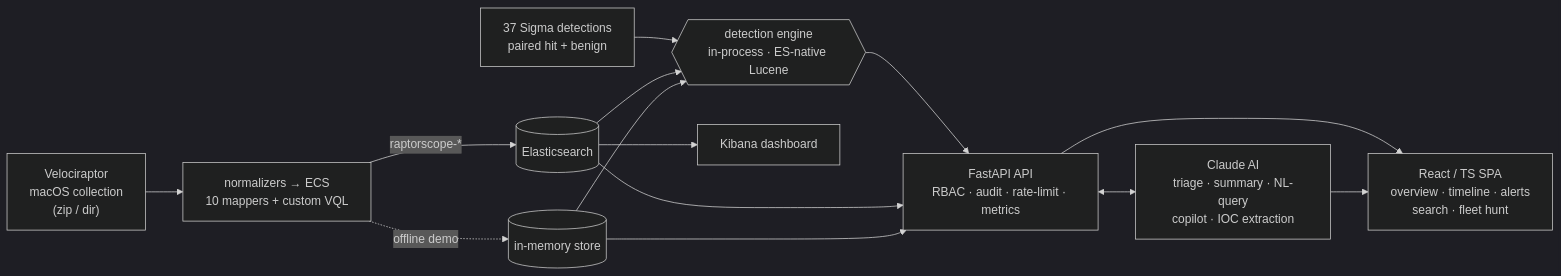
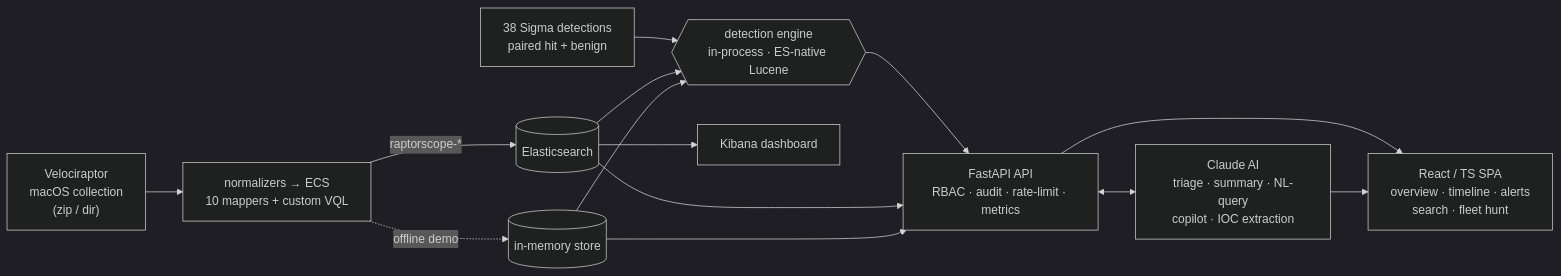
One commit to cac0ns3c/Raptorscope changed the diagram in README.md. Above: the diagram before and after it, drawn with Mermaid (dark theme). The commit also changed other lines of this file and 2 other files, not shown here.

First line of the commit message:
feat(detections): launchctl bootstrap/load from a world-writable path (38 total)

````diff
--- a/README.md
+++ b/README.md
@@ -49,16 +49,16 @@
 ```mermaid
 flowchart LR
   VR["Velociraptor<br/>macOS collection<br/>(zip / dir)"] --> N["normalizers → ECS<br/>10 mappers + custom VQL"]
   N -->|"raptorscope-*"| ES[("Elasticsearch")]
   N -.->|"offline demo"| MEM[("in-memory store")]
-  RULES["37 Sigma detections<br/>paired hit + benign"] --> DET
+  RULES["38 Sigma detections<br/>paired hit + benign"] --> DET
   ES --> DET{{"detection engine<br/>in-process · ES-native Lucene"}}
   MEM --> DET
   DET --> API["FastAPI API<br/>RBAC · audit · rate-limit · metrics"]
   ES --> API
   MEM --> API
   API --> SPA["React / TS SPA<br/>overview · timeline · alerts<br/>search · fleet hunt"]
   API <--> AI["Claude AI<br/>triage · summary · NL-query<br/>copilot · IOC extraction"]
   AI --> SPA
   ES --> KB["Kibana dashboard"]
 ```
````
